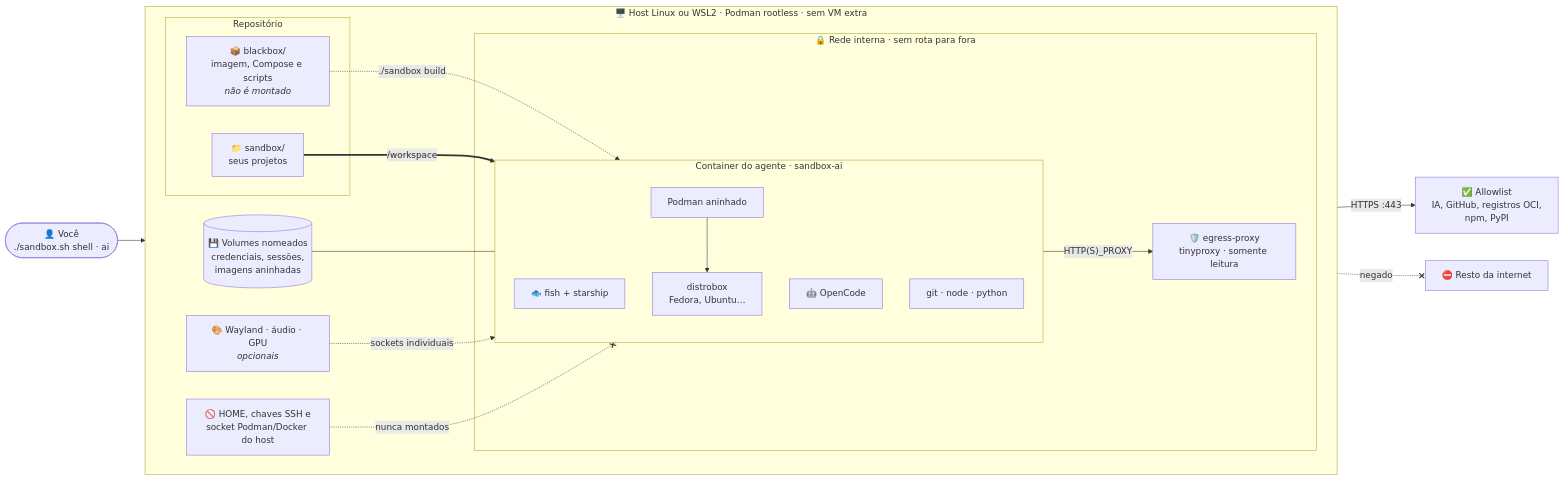
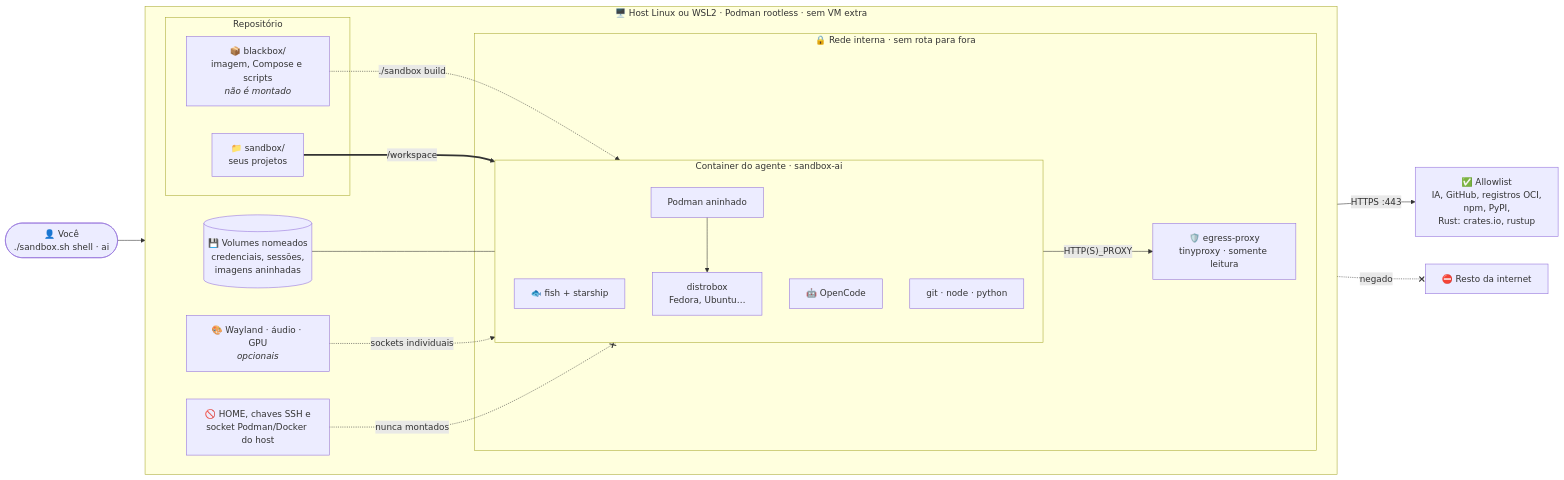
Before and after one commit to leofdss/sandbox: the diagram in README.md, drawn with Mermaid. The commit also changed 1 other file, not shown here.

Commit message:
docs(readme): incluir Rust na allowlist do diagrama

````diff
--- a/README.md
+++ b/README.md
@@ -9,43 +9,43 @@
 ```mermaid
 flowchart LR
     user(["👤 Você<br/>./sandbox.sh shell · ai"])
 
     subgraph host["🖥️ Host Linux ou WSL2 · Podman rootless · sem VM extra"]
         direction LR
 
         subgraph repo["Repositório"]
             blackbox["📦 blackbox/<br/>imagem, Compose e scripts<br/><i>não é montado</i>"]
             projects["📁 sandbox/<br/>seus projetos"]
         end
 
         subgraph internal["🔒 Rede interna · sem rota para fora"]
             subgraph dev["Container do agente · sandbox-ai"]
                 direction TB
                 shell["🐟 fish + starship"]
                 opencode["🤖 OpenCode"]
                 tools["git · node · python"]
                 nested["Podman aninhado"]
                 dbx["distrobox<br/>Fedora, Ubuntu…"]
                 nested --> dbx
             end
             proxy["🛡️ egress-proxy<br/>tinyproxy · somente leitura"]
         end
 
         volumes[("💾 Volumes nomeados<br/>credenciais, sessões,<br/>imagens aninhadas")]
         gui["🎨 Wayland · áudio · GPU<br/><i>opcionais</i>"]
         secrets["🚫 HOME, chaves SSH e<br/>socket Podman/Docker do host"]
     end
 
-    allow["✅ Allowlist<br/>IA, GitHub, registros OCI,<br/>npm, PyPI"]
+    allow["✅ Allowlist<br/>IA, GitHub, registros OCI,<br/>npm, PyPI,<br/>Rust: crates.io, rustup"]
     deny["⛔ Resto da internet"]
 
     user --> dev
     blackbox -.->|"./sandbox build"| dev
     projects ==>|"/workspace"| dev
     volumes --- dev
     gui -.->|"sockets individuais"| dev
     secrets -.-x|"nunca montados"| dev
     dev -->|"HTTP(S)_PROXY"| proxy
     proxy -->|"HTTPS :443"| allow
     proxy -.-x|"negado"| deny
 ```
````
